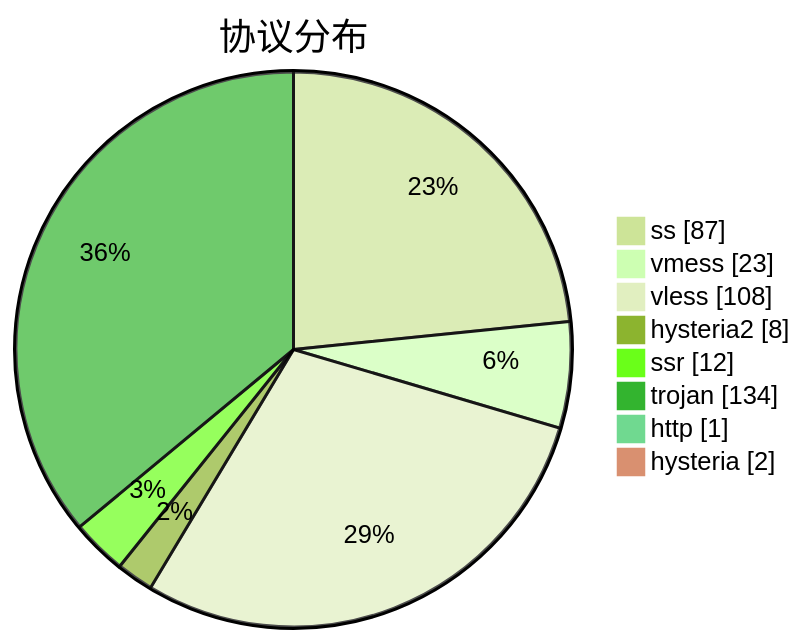
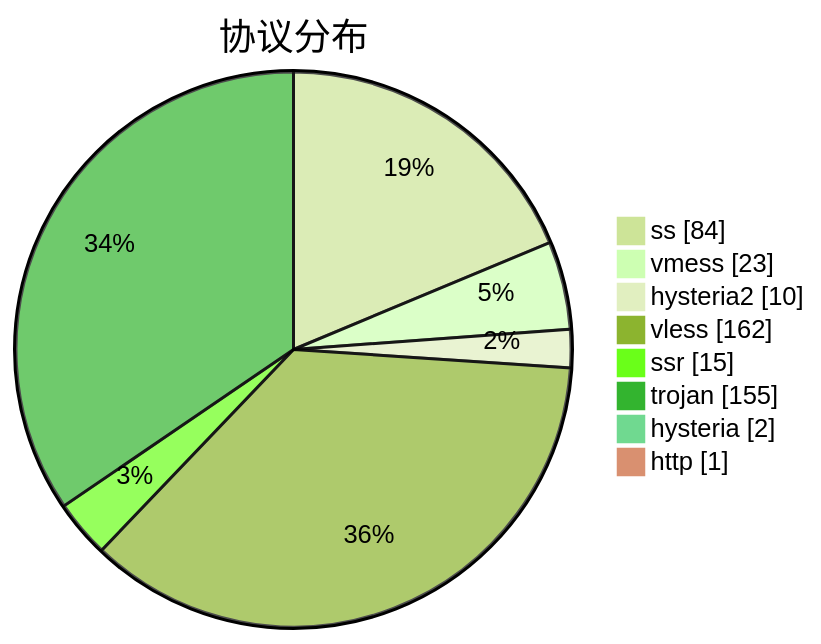
One commit to sinspired/airport changed the third of 3 diagrams in subs/statistics/tested_within.md. Above: the diagram before and after it, drawn with Mermaid (forest theme). The commit also changed other lines of this file and 2 other files, not shown here.

````diff
--- a/subs/statistics/tested_within.md
+++ b/subs/statistics/tested_within.md
@@ -64,12 +65,12 @@
 ```mermaid
 pie showData
 title 协议分布
-"ss" : 87
+"ss" : 84
 "vmess" : 23
-"vless" : 108
-"hysteria2" : 8
-"ssr" : 12
-"trojan" : 134
+"hysteria2" : 10
+"vless" : 162
+"ssr" : 15
+"trojan" : 155
+"hysteria" : 2
 "http" : 1
-"hysteria" : 2
 ```
````
